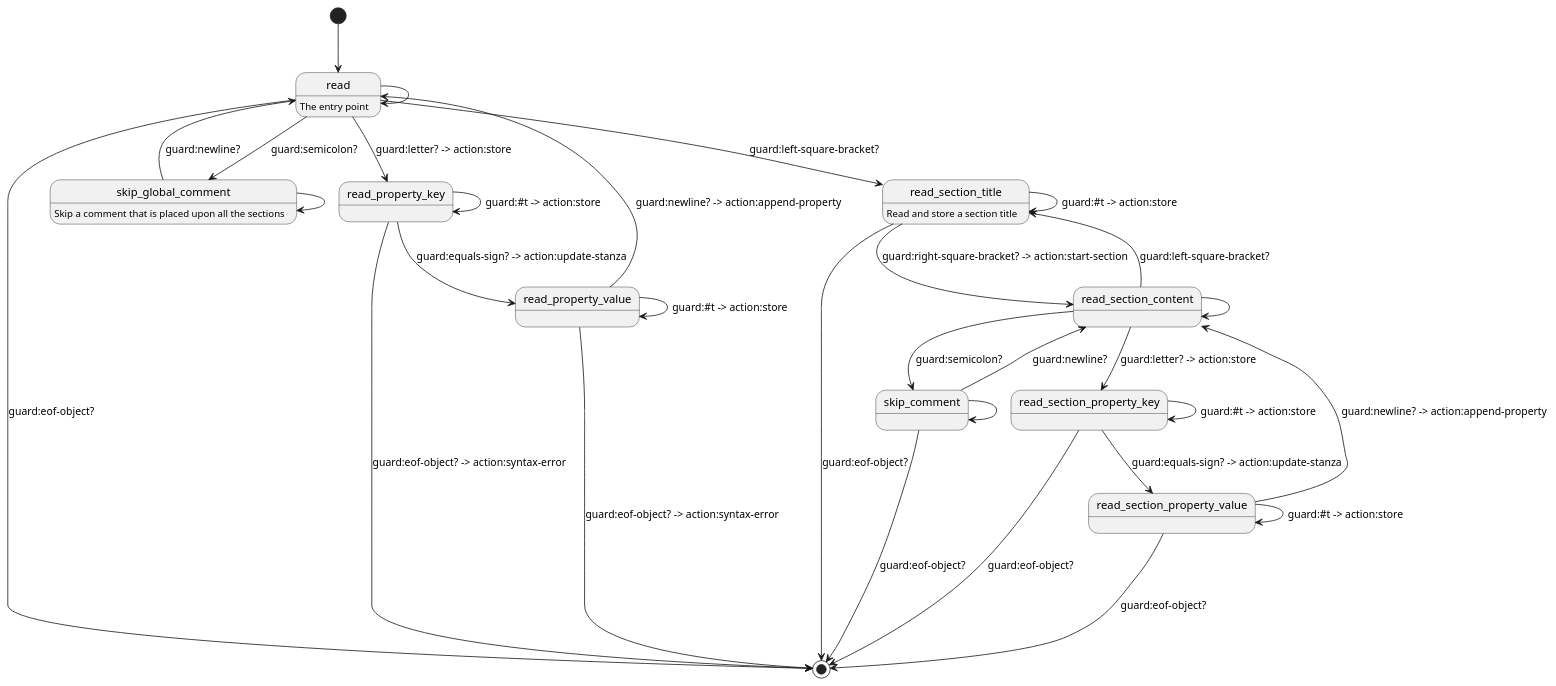
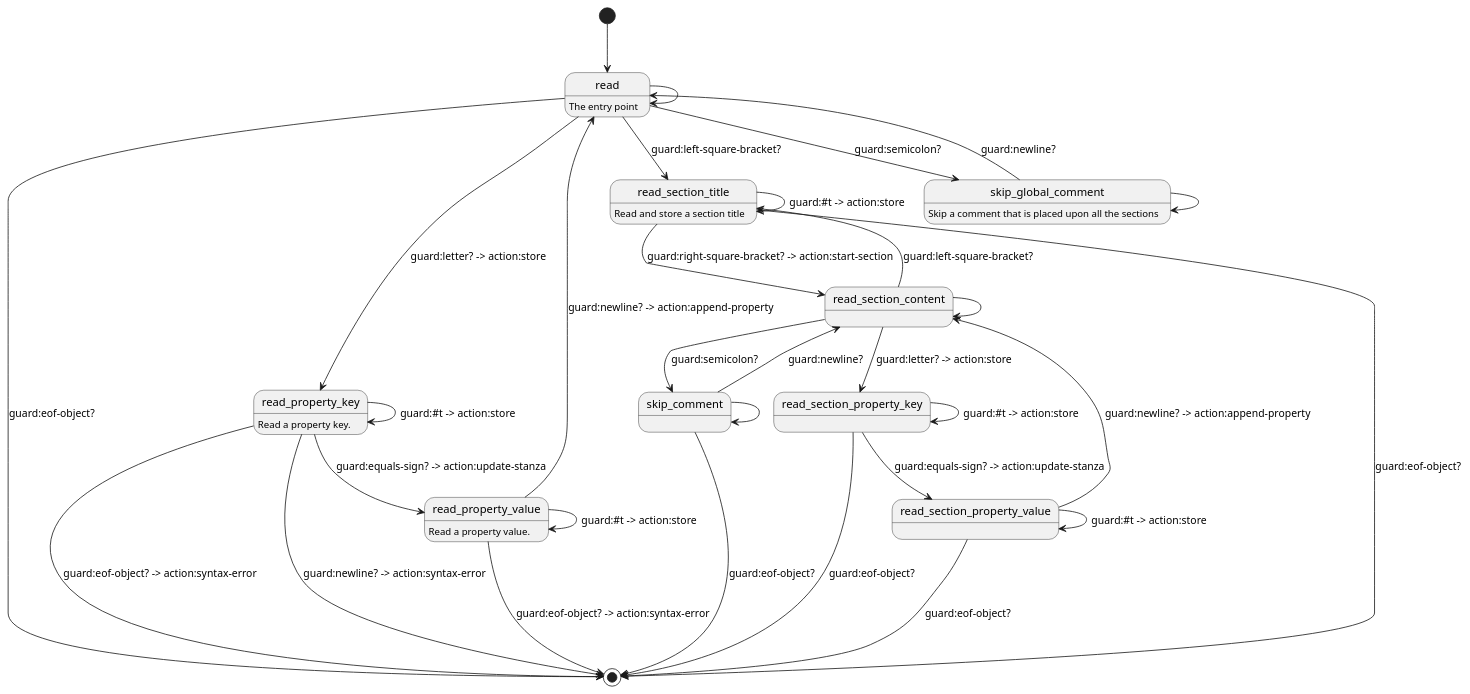
The diagram in modules/ini/fsm.puml (artyom-poptsov/guile-ini), drawn with PlantUML before and after one commit.

Commit message:
modules/ini/fsm.puml (read_property_key): Improve
* modules/ini/fsm.puml (read_property_key): Issue a syntax error when a
  newline is found.

```diff
--- a/modules/ini/fsm.puml
+++ b/modules/ini/fsm.puml
@@ -1,45 +1,48 @@
 @startuml
 [*] --> read
 
 read: The entry point
 read ---> [*]: guard:eof-object?
 read --> skip_global_comment: guard:semicolon?
 read --> read_section_title: guard:left-square-bracket?
 read --> read_property_key: guard:letter? -> action:store
 read -> read
 
+read_property_key: Read a property key.
 read_property_key ---> [*]: guard:eof-object? -> action:syntax-error
+read_property_key ---> [*]: guard:newline? -> action:syntax-error
 read_property_key --> read_property_value: guard:equals-sign? -> action:update-stanza
 read_property_key -> read_property_key: guard:#t -> action:store
 
+read_property_value: Read a property value.
 read_property_value ---> [*]: guard:eof-object? -> action:syntax-error
 read_property_value --> read: guard:newline? -> action:append-property
 read_property_value -> read_property_value: guard:#t -> action:store
 
 ' Skip comments
 skip_global_comment: Skip a comment that is placed upon all the sections
 skip_global_comment --> read: guard:newline?
 skip_global_comment -> skip_global_comment
 
 read_section_title: Read and store a section title
 read_section_title --> [*]: guard:eof-object?
 read_section_title --> read_section_content: guard:right-square-bracket? -> action:start-section
 read_section_title --> read_section_title: guard:#t -> action:store
 
 read_section_content --> skip_comment: guard:semicolon?
 read_section_content --> read_section_property_key: guard:letter? -> action:store
 read_section_content --> read_section_title: guard:left-square-bracket?
 read_section_content -> read_section_content
 
 skip_comment --> [*]: guard:eof-object?
 skip_comment --> read_section_content: guard:newline?
 skip_comment -> skip_comment
 
 read_section_property_key ---> [*]: guard:eof-object?
 read_section_property_key --> read_section_property_value: guard:equals-sign? -> action:update-stanza
 read_section_property_key -> read_section_property_key: guard:#t -> action:store
 
 read_section_property_value ---> [*]: guard:eof-object?
 read_section_property_value --> read_section_content: guard:newline? -> action:append-property
 read_section_property_value -> read_section_property_value: guard:#t -> action:store
 @enduml
```
